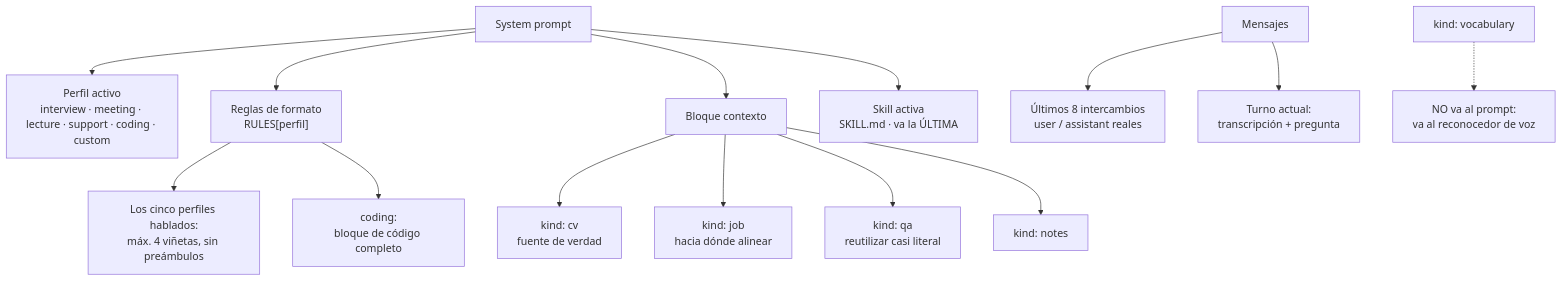
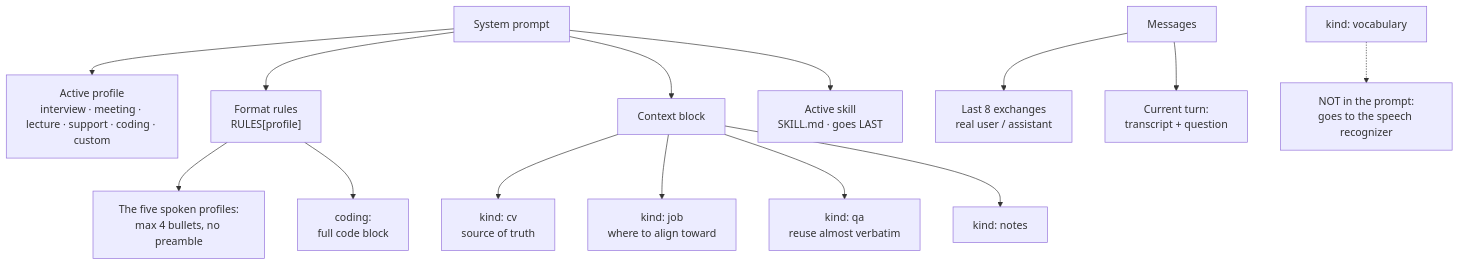
Before and after one commit to cflarios/Tayori: the fifth of 7 diagrams in ARCHITECTURE.md, drawn with Mermaid. The commit also changed other lines of this file and 2 other files, not shown here.

First line of the commit message:
docs: translate ARCHITECTURE.md to English

````diff
--- a/ARCHITECTURE.md
+++ b/ARCHITECTURE.md
@@ -217,21 +218,21 @@
 ```mermaid
 flowchart TB
     SYS["System prompt"]
-    SYS --> P["Perfil activo<br/>interview · meeting · lecture · support · coding · custom"]
-    SYS --> R["Reglas de formato<br/>RULES[perfil]"]
-    R --> RA["Los cinco perfiles hablados:<br/>máx. 4 viñetas, sin preámbulos"]
-    R --> RB["coding:<br/>bloque de código completo"]
-    SYS --> CTX["Bloque contexto"]
+    SYS --> P["Active profile<br/>interview · meeting · lecture · support · coding · custom"]
+    SYS --> R["Format rules<br/>RULES[profile]"]
+    R --> RA["The five spoken profiles:<br/>max 4 bullets, no preamble"]
+    R --> RB["coding:<br/>full code block"]
+    SYS --> CTX["Context block"]
 
-    CTX --> CV["kind: cv<br/>fuente de verdad"]
-    CTX --> JOB["kind: job<br/>hacia dónde alinear"]
-    CTX --> QA["kind: qa<br/>reutilizar casi literal"]
+    CTX --> CV["kind: cv<br/>source of truth"]
+    CTX --> JOB["kind: job<br/>where to align toward"]
+    CTX --> QA["kind: qa<br/>reuse almost verbatim"]
     CTX --> NOTES["kind: notes"]
 
-    SYS --> SKILL["Skill activa<br/>SKILL.md · va la ÚLTIMA"]
+    SYS --> SKILL["Active skill<br/>SKILL.md · goes LAST"]
 
-    MSG["Mensajes"] --> HIST["Últimos 8 intercambios<br/>user / assistant reales"]
-    MSG --> NOW["Turno actual:<br/>transcripción + pregunta"]
+    MSG["Messages"] --> HIST["Last 8 exchanges<br/>real user / assistant"]
+    MSG --> NOW["Current turn:<br/>transcript + question"]
 
-    VOC["kind: vocabulary"] -.-> ASR["NO va al prompt:<br/>va al reconocedor de voz"]
+    VOC["kind: vocabulary"] -.-> ASR["NOT in the prompt:<br/>goes to the speech recognizer"]
 ```
````
